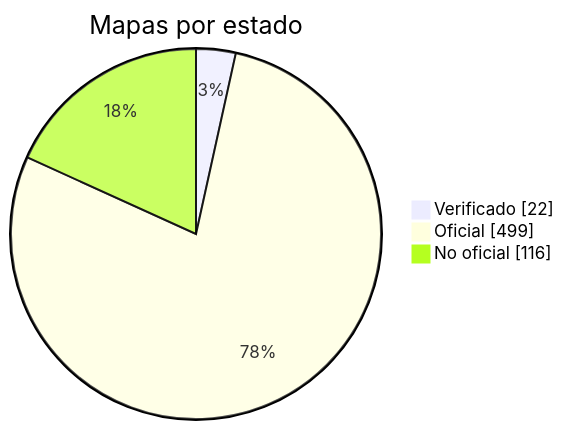
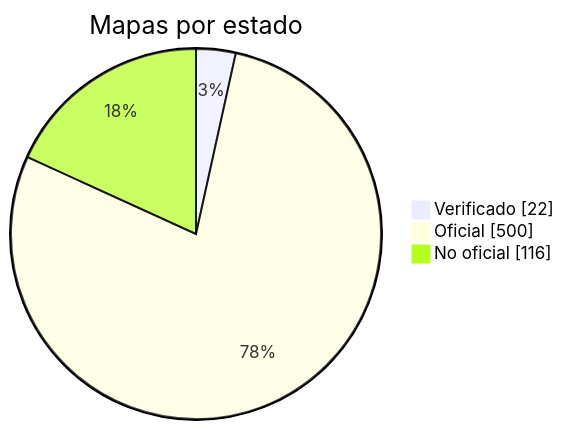
Before and after one commit to nobrega8/mbmap-library: the diagram in docs/readme/README_ES.md, drawn with Mermaid. The commit also changed 6 other files, not shown here.

````diff
--- a/docs/readme/README_ES.md
+++ b/docs/readme/README_ES.md
@@ -54,7 +54,7 @@
 ```mermaid
 pie showData
     title Mapas por estado
     "Verificado" : 22
-    "Oficial" : 499
+    "Oficial" : 500
     "No oficial" : 116
 ```
````
